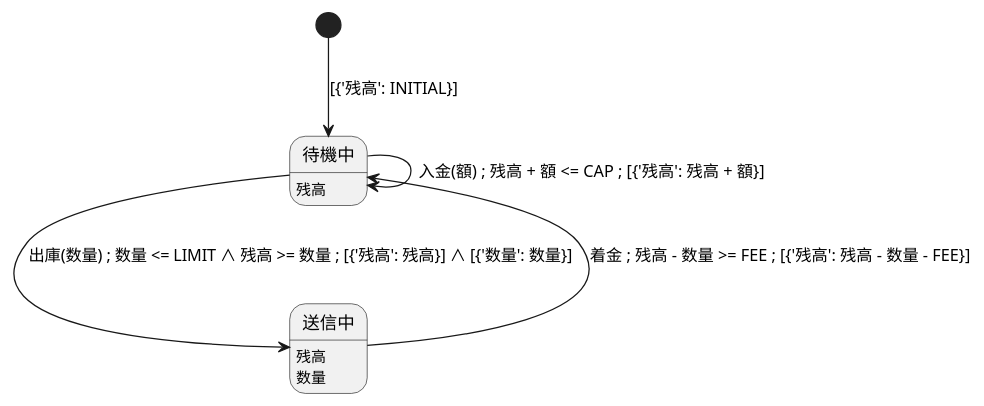
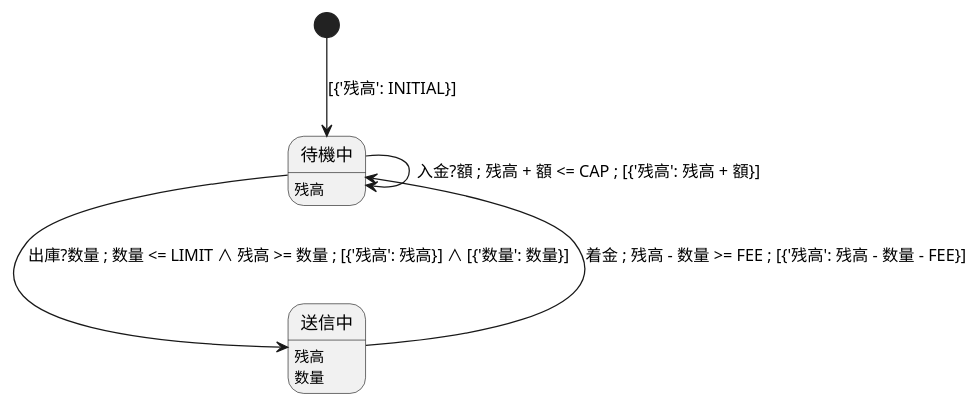
The diagram in examples/bmc/withdraw_formal.puml (Kuniwak/puml-parallel), drawn with PlantUML before and after one commit. The commit also changed 86 other files, not shown here.

```diff
--- a/examples/bmc/withdraw_formal.puml
+++ b/examples/bmc/withdraw_formal.puml
@@ -1,16 +1,16 @@
 @startuml WITHDRAW
 ' withdraw.puml with every clause written in Python, as a front end renders
 ' the formal labels in place of the prose. No twin is keyed by prose: the
 ' glue reads the labels, and withdraw_formal_defs.py names the constants.
 state "待機中" as idle
 idle : 残高
 state "送信中" as sending
 sending : 残高
 sending : 数量
 
 [*] --> idle : [{'残高': INITIAL}]
 
-idle --> sending : 出庫(数量) ; 数量 <= LIMIT ∧ 残高 >= 数量 ; [{'残高': 残高}] ∧ [{'数量': 数量}]
+idle --> sending : 出庫?数量 ; 数量 <= LIMIT ∧ 残高 >= 数量 ; [{'残高': 残高}] ∧ [{'数量': 数量}]
 sending --> idle : 着金 ; 残高 - 数量 >= FEE ; [{'残高': 残高 - 数量 - FEE}]
-idle --> idle : 入金(額) ; 残高 + 額 <= CAP ; [{'残高': 残高 + 額}]
+idle --> idle : 入金?額 ; 残高 + 額 <= CAP ; [{'残高': 残高 + 額}]
 @enduml
```
